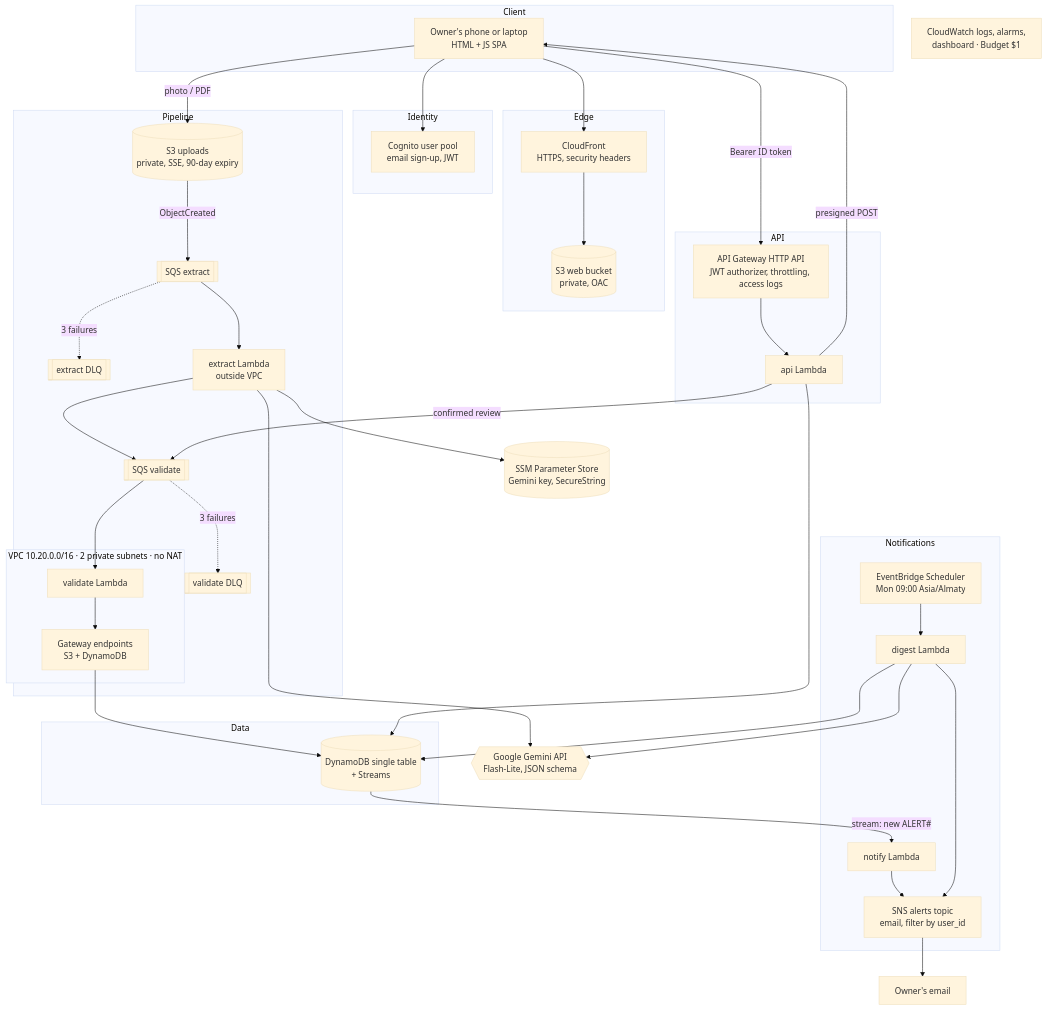
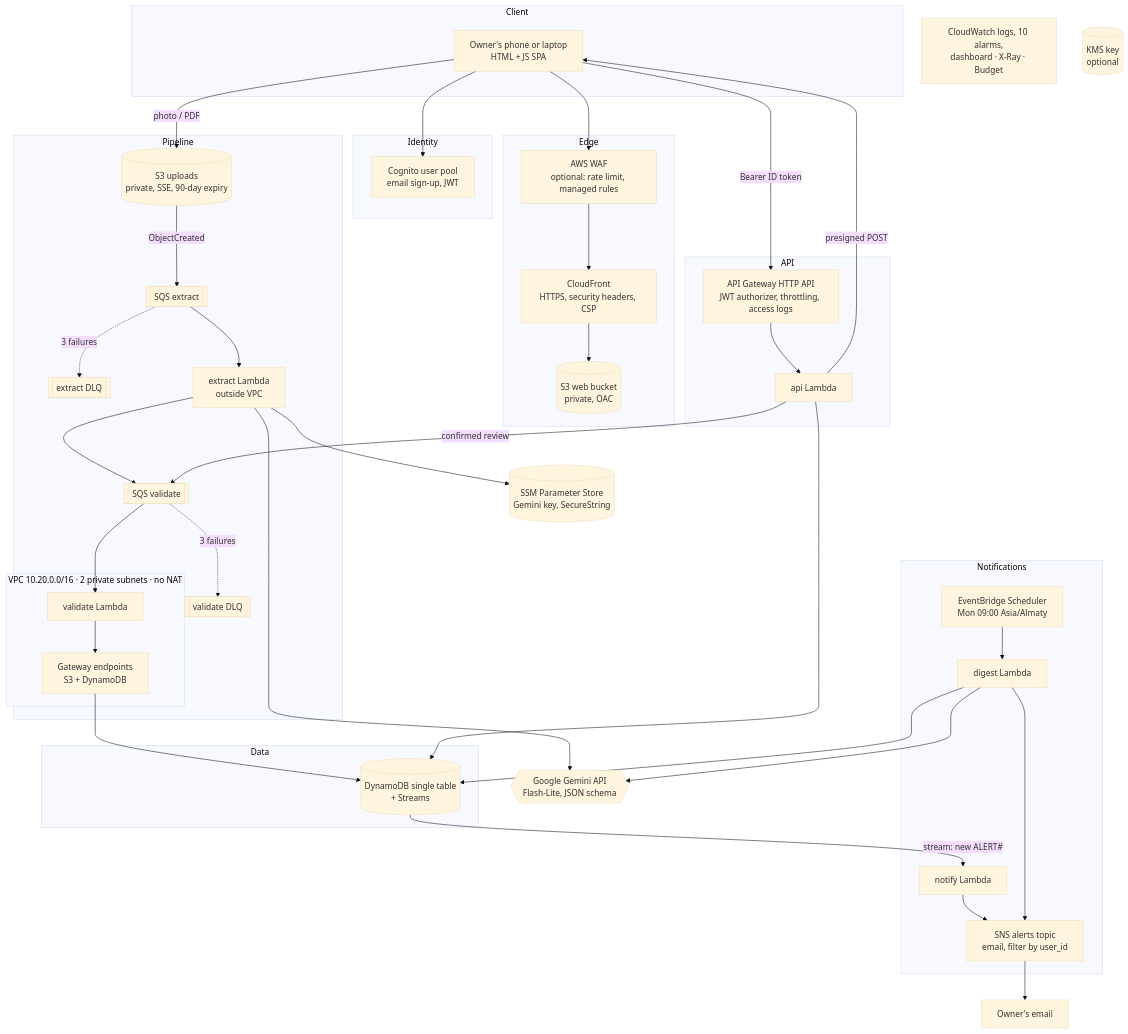
The first of 2 diagrams in docs/architecture.md (c5shtv4cnh-ux/supplyradar), drawn with Mermaid (base theme) before and after one commit. The commit also changed other lines of this file and 58 other files, not shown here.

````diff
--- a/docs/architecture.md
+++ b/docs/architecture.md
@@ -8,68 +8,70 @@
 ```mermaid
 flowchart TB
   subgraph Client
     U[Owner's phone or laptop<br/>HTML + JS SPA]
   end
 
   subgraph Edge
-    CF[CloudFront<br/>HTTPS, security headers]
+    WAF[AWS WAF<br/>optional: rate limit, managed rules]
+    CF[CloudFront<br/>HTTPS, security headers, CSP]
     WEB[(S3 web bucket<br/>private, OAC)]
   end
 
   subgraph Identity
     COG[Cognito user pool<br/>email sign-up, JWT]
   end
 
   subgraph API
     APIGW[API Gateway HTTP API<br/>JWT authorizer, throttling, access logs]
     APIFN[api Lambda]
   end
 
   subgraph Pipeline
     UP[(S3 uploads<br/>private, SSE, 90-day expiry)]
     Q1[[SQS extract]]
     DLQ1[[extract DLQ]]
     EX[extract Lambda<br/>outside VPC]
     Q2[[SQS validate]]
     DLQ2[[validate DLQ]]
     subgraph VPC["VPC 10.20.0.0/16 · 2 private subnets · no NAT"]
       VA[validate Lambda]
       GW[Gateway endpoints<br/>S3 + DynamoDB]
     end
   end
 
   subgraph Data
     DB[(DynamoDB single table<br/>+ Streams)]
   end
 
   subgraph Notifications
     NO[notify Lambda]
     SNS[SNS alerts topic<br/>email, filter by user_id]
     SCH[EventBridge Scheduler<br/>Mon 09:00 Asia/Almaty]
     DG[digest Lambda]
   end
 
   GEM{{Google Gemini API<br/>Flash-Lite, JSON schema}}
   SSM[(SSM Parameter Store<br/>Gemini key, SecureString)]
-  CW[CloudWatch logs, alarms,<br/>dashboard · Budget $1]
+  CW[CloudWatch logs, 10 alarms,<br/>dashboard · X-Ray · Budget]
+  KMS[(KMS key<br/>optional)]
 
-  U --> CF --> WEB
+  U --> WAF --> CF --> WEB
   U --> COG
   U -- Bearer ID token --> APIGW --> APIFN
   APIFN -- presigned POST --> U
   U -- photo / PDF --> UP
   UP -- ObjectCreated --> Q1 --> EX
   Q1 -. 3 failures .-> DLQ1
   EX --> SSM
   EX --> GEM
   EX --> Q2 --> VA
   Q2 -. 3 failures .-> DLQ2
   APIFN -- confirmed review --> Q2
   VA --> GW --> DB
   APIFN --> DB
   DB -- stream: new ALERT# --> NO --> SNS
   SCH --> DG --> GEM
   DG --> DB
   DG --> SNS
   SNS --> MAIL[Owner's email]
 ```
````
